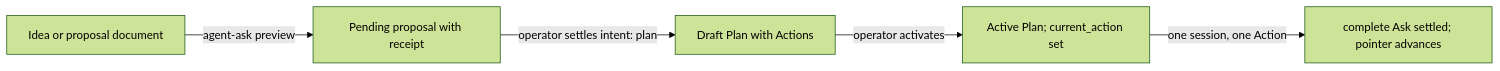
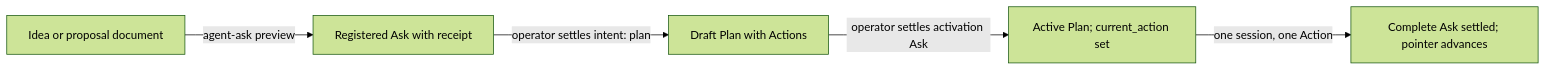
The diagram in docs/articles/2026-10-23-how-an-idea-becomes-governed-work.md (pmark/arcadia), drawn with Mermaid (forest theme) before and after one commit. The commit also changed other lines of this file and 2 other files, not shown here.

Commit message:
Address review: unsettled example, settlement framing, receipt rows

````diff
--- a/docs/articles/2026-10-23-how-an-idea-becomes-governed-work.md
+++ b/docs/articles/2026-10-23-how-an-idea-becomes-governed-work.md
@@ -60,7 +59,7 @@
 ```mermaid
 flowchart LR
-  idea["Idea or proposal document"] -->|agent-ask preview| pending["Pending proposal with receipt"]
+  idea["Idea or proposal document"] -->|agent-ask preview| pending["Registered Ask with receipt"]
   pending -->|operator settles intent: plan| draft["Draft Plan with Actions"]
-  draft -->|operator activates| active["Active Plan; current_action set"]
-  active -->|one session, one Action| done["complete Ask settled; pointer advances"]
+  draft -->|operator settles activation Ask| active["Active Plan; current_action set"]
+  active -->|one session, one Action| done["Complete Ask settled; pointer advances"]
 ```
````
